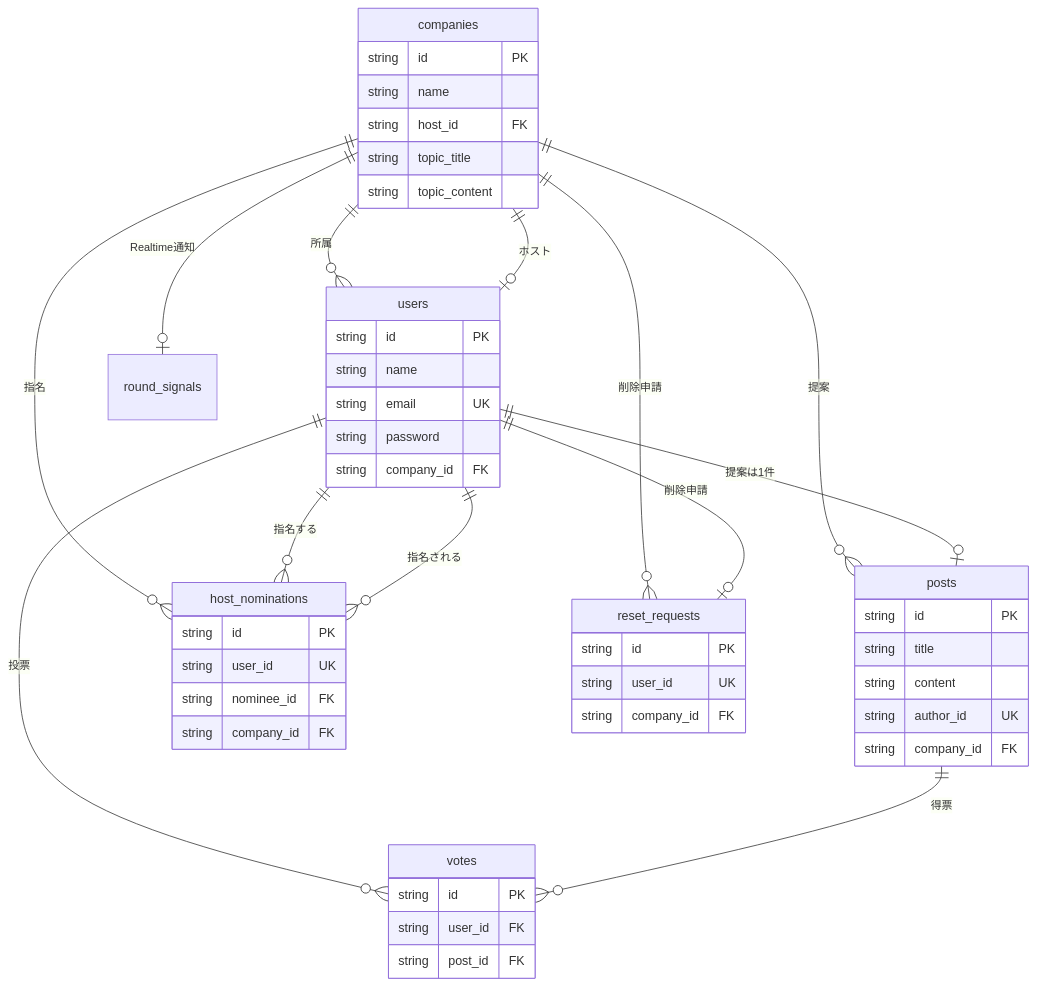
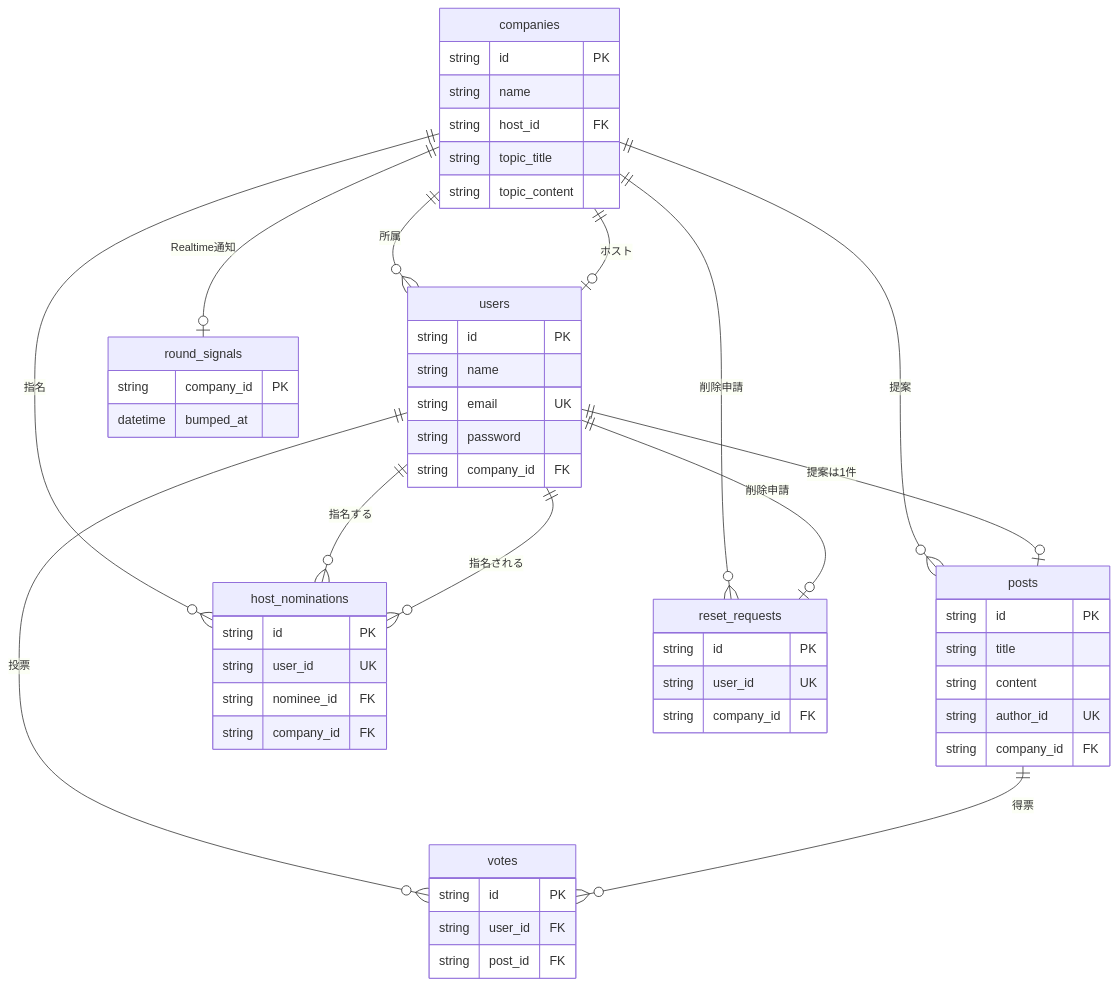
Before and after one commit to naoki1117/fast-vote: the diagram in README.md, drawn with Mermaid. The commit also changed other lines of this file, not shown here.

````diff
--- a/README.md
+++ b/README.md
@@ -205,58 +226,63 @@
 ```mermaid
 erDiagram
   companies ||--o{ users : "所属"
   companies ||--o| users : "ホスト"
   companies ||--o{ posts : "提案"
   companies ||--o{ host_nominations : "指名"
   companies ||--o{ reset_requests : "削除申請"
   companies ||--o| round_signals : "Realtime通知"
   users ||--o| posts : "提案は1件"
   users ||--o{ votes : "投票"
   users ||--o{ host_nominations : "指名する"
   users ||--o{ host_nominations : "指名される"
   users ||--o| reset_requests : "削除申請"
   posts ||--o{ votes : "得票"
 
   companies {
     string id PK
     string name
     string host_id FK
     string topic_title
     string topic_content
   }
 
   users {
     string id PK
     string name
     string email UK
     string password
     string company_id FK
   }
 
   posts {
     string id PK
     string title
     string content
     string author_id UK
     string company_id FK
   }
 
   votes {
     string id PK
     string user_id FK
     string post_id FK
   }
 
   host_nominations {
     string id PK
     string user_id UK
     string nominee_id FK
     string company_id FK
   }
 
   reset_requests {
     string id PK
     string user_id UK
     string company_id FK
   }
+
+  round_signals {
+    string company_id PK
+    datetime bumped_at
+  }
 ```
````
